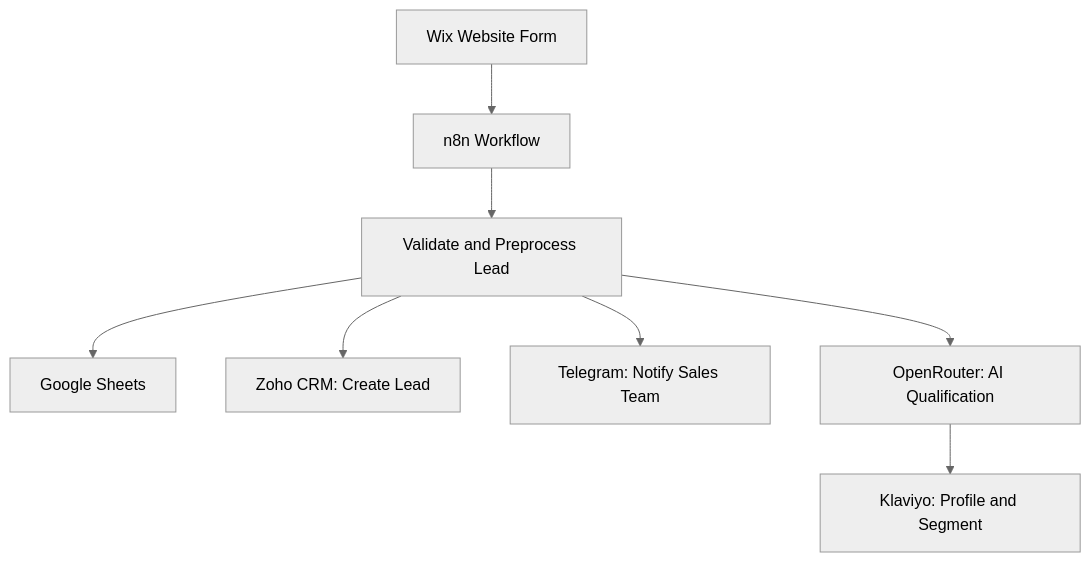
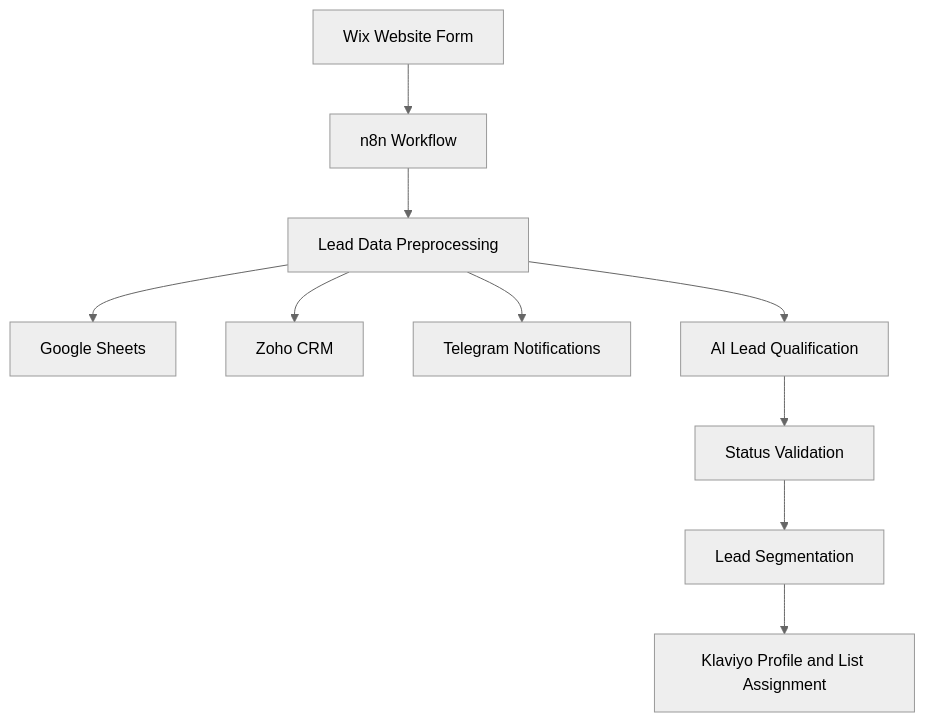
One commit to DmytroKovalovAI/ai-lead-management-automation changed the diagram in README.md. Above: the diagram before and after it, drawn with Mermaid (neutral theme). The commit also changed other lines of this file, not shown here.

````diff
--- a/README.md
+++ b/README.md
@@ -47,10 +47,12 @@
 ```mermaid
 flowchart TD
     A[Wix Website Form] --> B[n8n Workflow]
-    B --> C[Validate and Preprocess Lead]
+    B --> C[Lead Data Preprocessing]
     C --> D[Google Sheets]
-    C --> E[Zoho CRM: Create Lead]
-    C --> F[Telegram: Notify Sales Team]
-    C --> G[OpenRouter: AI Qualification]
-    G --> H[Klaviyo: Profile and Segment]
+    C --> E[Zoho CRM]
+    C --> F[Telegram Notifications]
+    C --> G[AI Lead Qualification]
+    G --> H[Status Validation]
+    H --> I[Lead Segmentation]
+    I --> J[Klaviyo Profile and List Assignment]
 ```
````
